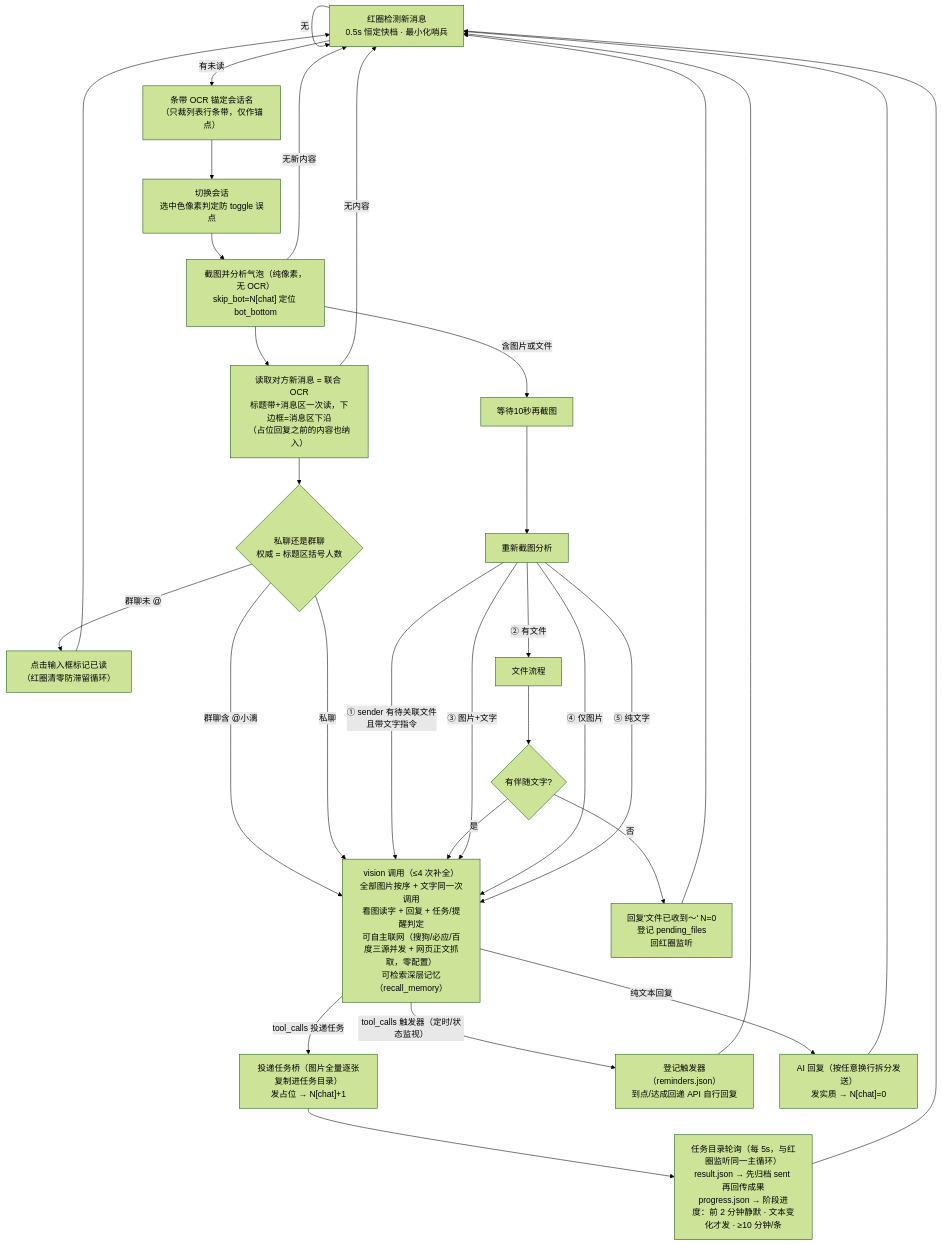
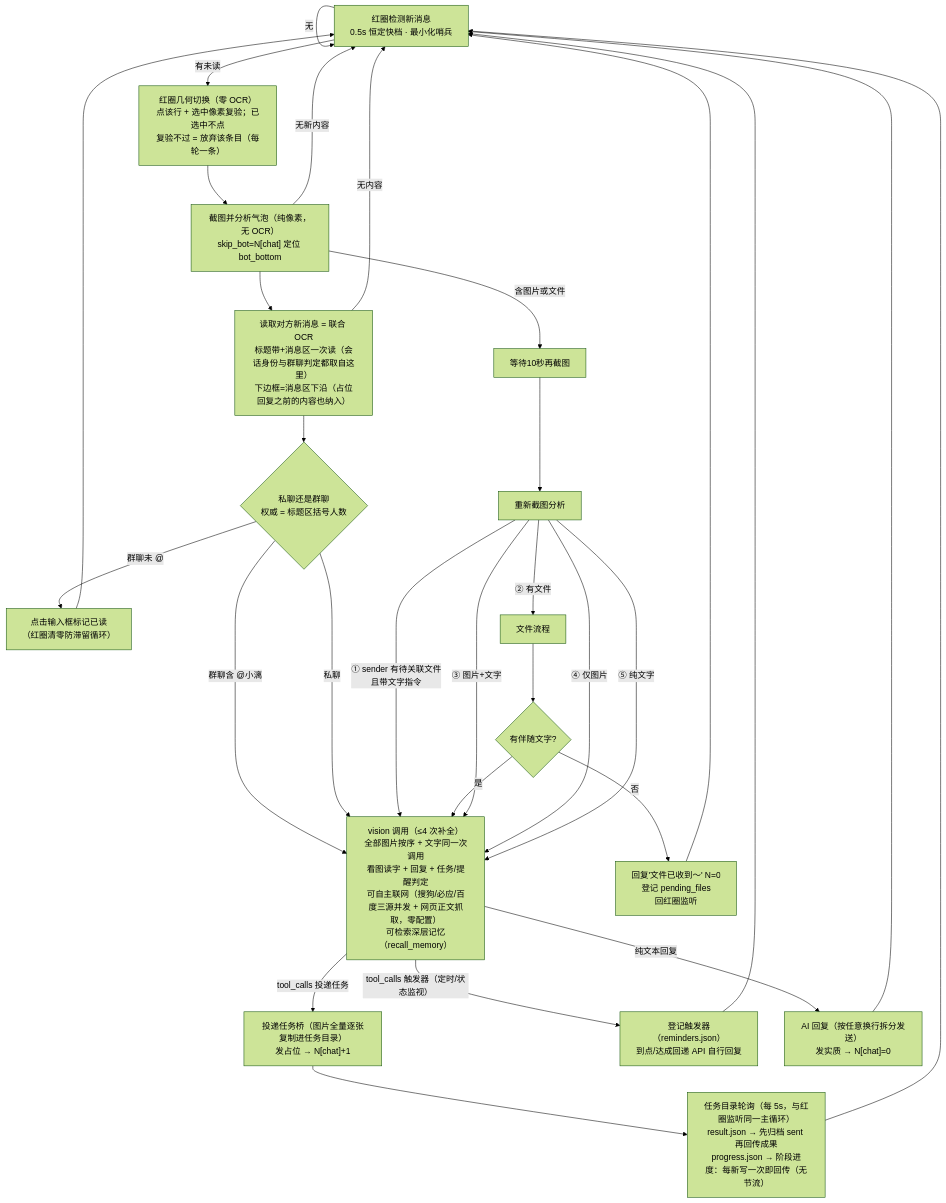
The diagram in README.md (wens6515/weixin-wechat-wxauto-ocr-xiaoli), drawn with Mermaid (forest theme) before and after one commit. The commit also changed other lines of this file and 2 other files, not shown here.

First line of the commit message:
docs: 版本号升 2.8.2「会话判定修复与链路提速」（README 横幅/安装包/下载链接 + 流程图为红圈几何链路与进度回传新口径更新 + 新增 v2.8.2 更新记录 + version.py）

````diff
--- a/README.md
+++ b/README.md
@@ -53,34 +53,33 @@
 ```mermaid
 flowchart TD
     A["红圈检测新消息<br/>0.5s 恒定快档 · 最小化哨兵"] -->|无| A
-    A -->|有未读| B0["条带 OCR 锚定会话名<br/>（只裁列表行条带，仅作锚点）"]
-    B0 --> B["切换会话<br/>选中色像素判定防 toggle 误点"]
-    B --> D["截图并分析气泡（纯像素，无 OCR）<br/>skip_bot=N[chat] 定位 bot_bottom"]
+    A -->|有未读| B0["红圈几何切换（零 OCR）<br/>点该行 + 选中像素复验；已选中不点<br/>复验不过 = 放弃该条目（每轮一条）"]
+    B0 --> D["截图并分析气泡（纯像素，无 OCR）<br/>skip_bot=N[chat] 定位 bot_bottom"]
     D -->|无新内容| A
     D -->|含图片或文件| H["等待10秒再截图"]
-    D --> F["读取对方新消息 = 联合 OCR<br/>标题带+消息区一次读，下边框=消息区下沿<br/>（占位回复之前的内容也纳入）"]
+    D --> F["读取对方新消息 = 联合 OCR<br/>标题带+消息区一次读（会话身份与群聊判定都取自这里）<br/>下边框=消息区下沿（占位回复之前的内容也纳入）"]
     F -->|无内容| A
     F --> C{"私聊还是群聊<br/>权威 = 标题区括号人数"}
     C -->|群聊含 @小漓| I
     C -->|群聊未 @| G0["点击输入框标记已读<br/>（红圈清零防滞留循环）"]
     G0 --> A
     C -->|私聊| I
     H --> L["重新截图分析"]
     L -->|① sender 有待关联文件<br/>且带文字指令| I
     L -->|② 有文件| O["文件流程"]
     O --> T2{"有伴随文字?"}
     T2 -->|是| I
     T2 -->|否| U["回复'文件已收到～' N=0<br/>登记 pending_files<br/>回红圈监听"]
     L -->|③ 图片+文字| I
     L -->|④ 仅图片| I
     L -->|⑤ 纯文字| I
     I["vision 调用（≤4 次补全）<br/>全部图片按序 + 文字同一次调用<br/>看图读字 + 回复 + 任务/提醒判定<br/>可自主联网（搜狗/必应/百度三源并发 + 网页正文抓取，零配置）<br/>可检索深层记忆（recall_memory）"]
     I -->|tool_calls 投递任务| K["投递任务桥（图片全量逐张复制进任务目录）<br/>发占位 → N[chat]+1"]
     I -->|tool_calls 触发器（定时/状态监视）| R2["登记触发器（reminders.json）<br/>到点/达成回递 API 自行回复"]
     I -->|纯文本回复| J["AI 回复（按任意换行拆分发送）<br/>发实质 → N[chat]=0"]
     U --> A
-    K --> P["任务目录轮询（每 5s，与红圈监听同一主循环）<br/>result.json → 先归档 sent 再回传成果<br/>progress.json → 阶段进度：前 2 分钟静默 · 文本变化才发 · ≥10 分钟/条"]
+    K --> P["任务目录轮询（每 5s，与红圈监听同一主循环）<br/>result.json → 先归档 sent 再回传成果<br/>progress.json → 阶段进度：每新写一次即回传（无节流）"]
     P --> A
     R2 --> A
     J --> A
 ```
````
